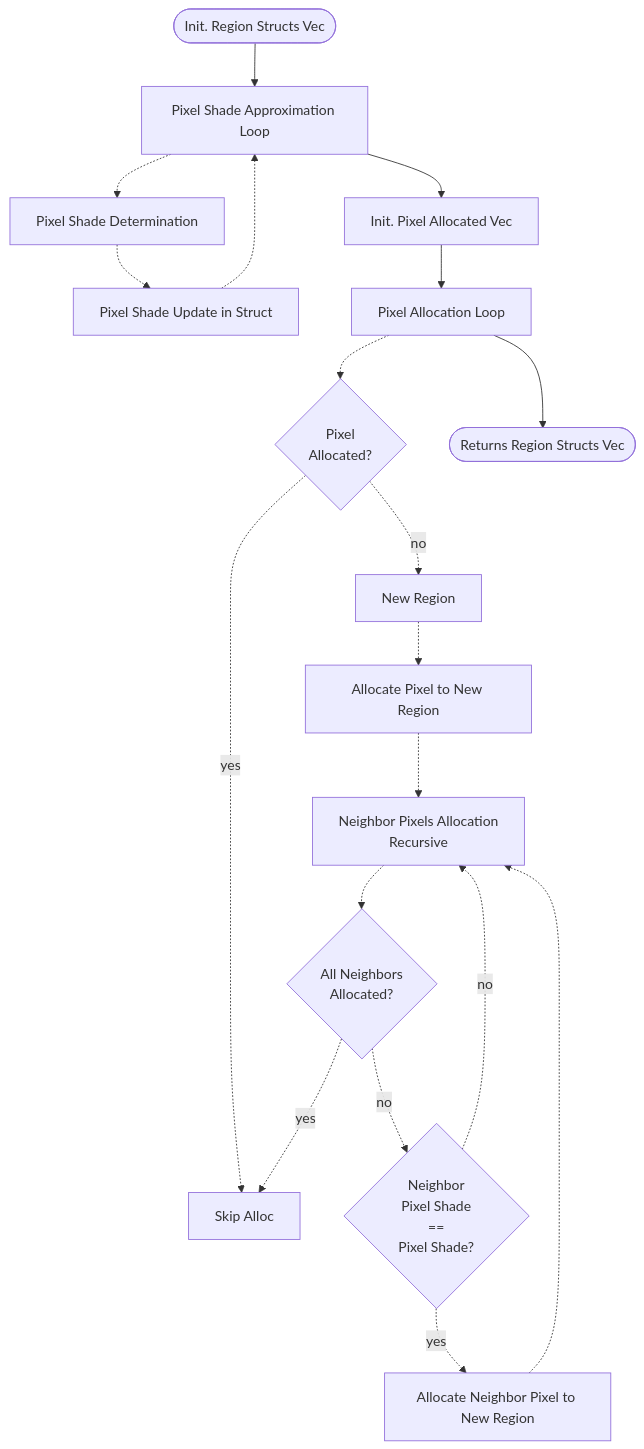
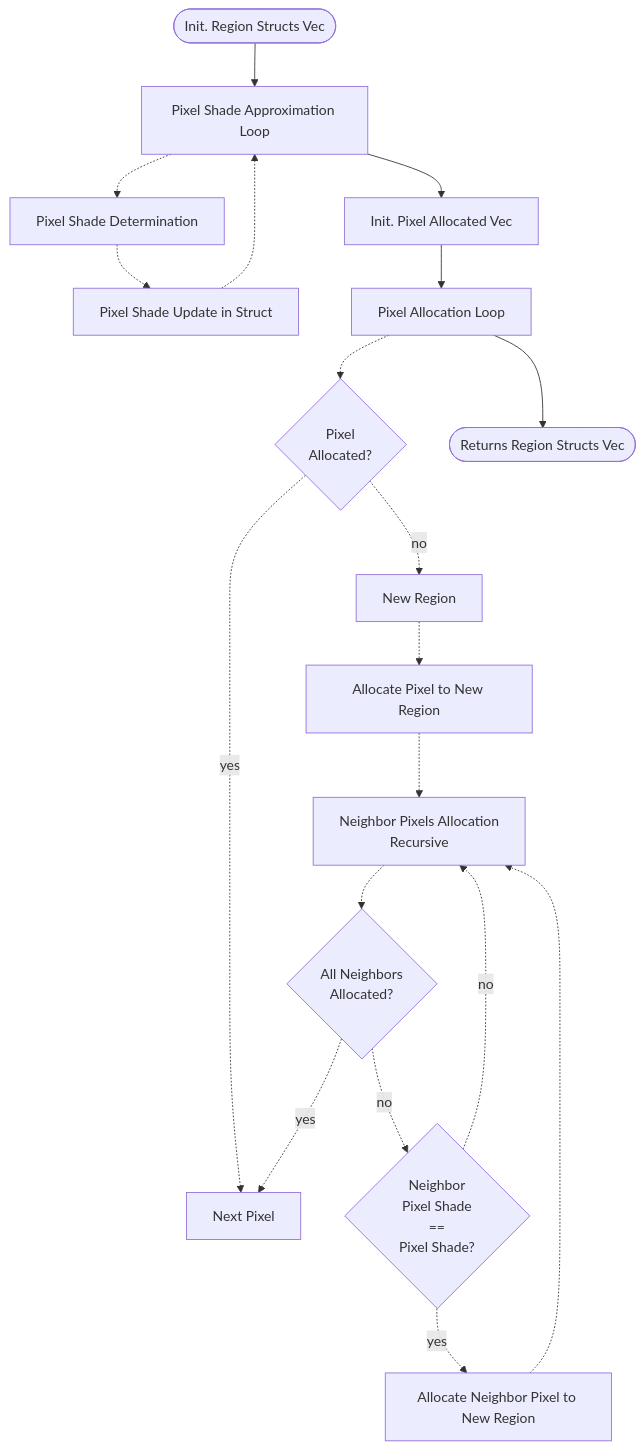
The second of 2 diagrams in algorithms.md (PedroHBrasil/PicColGrad-RoadMapLoc), drawn with Mermaid before and after one commit. The commit also changed other lines of this file, not shown here.

````diff
--- a/algorithms.md
+++ b/algorithms.md
@@ -55,45 +67,45 @@
 ```mermaid
 
     graph TD;
 
     init([Init. Region Structs Vec]);
 
     pxlShadeApproxLoop[Pixel Shade Approximation Loop];
     pxlShadeDet[Pixel Shade Determination];
     pxlShadeUpdate[Pixel Shade Update in Struct];
 
     pxlAllocInit[Init. Pixel Allocated Vec];
 
-    skipAlloc[Skip Alloc];
+    nextPixel[Next Pixel];
     pxlAllocLoop[Pixel Allocation Loop];
     pxlAllocDec{Pixel <br>Allocated?};
     newRegion[New Region];
     pxlAlloc[Allocate Pixel to New Region];
     pxlAllocNeighborCheck{All Neighbors <br> Allocated?}
     pxlAllocNeighbors[Neighbor Pixels Allocation <br> Recursive];
     pxlAllocNeighborsShadeCheck{Neighbor <br> Pixel Shade <br> == <br> Pixel Shade?};
     pxlAllocNeighbor[Allocate Neighbor Pixel to New Region];
 
     return([Returns Region Structs Vec]);
 
     init --> pxlShadeApproxLoop
     pxlShadeApproxLoop -.-> pxlShadeDet
     pxlShadeDet -.-> pxlShadeUpdate
     pxlShadeUpdate -.-> pxlShadeApproxLoop
     pxlShadeApproxLoop --> pxlAllocInit
     
     pxlAllocInit --> pxlAllocLoop
     pxlAllocLoop -.-> pxlAllocDec
-    pxlAllocDec -.-> |yes|skipAlloc
+    pxlAllocDec -.-> |yes|nextPixel
     pxlAllocDec -.-> |no|newRegion
     newRegion -.-> pxlAlloc
     pxlAlloc -.-> pxlAllocNeighbors
     pxlAllocNeighbors -.-> pxlAllocNeighborCheck
-    pxlAllocNeighborCheck -.-> |yes|skipAlloc
+    pxlAllocNeighborCheck -.-> |yes|nextPixel
     pxlAllocNeighborCheck -.-> |no|pxlAllocNeighborsShadeCheck
     pxlAllocNeighborsShadeCheck -.-> |yes|pxlAllocNeighbor
     pxlAllocNeighborsShadeCheck -.-> |no|pxlAllocNeighbors
     pxlAllocNeighbor -.-> pxlAllocNeighbors
     pxlAllocLoop --> return
 
 ```
````
